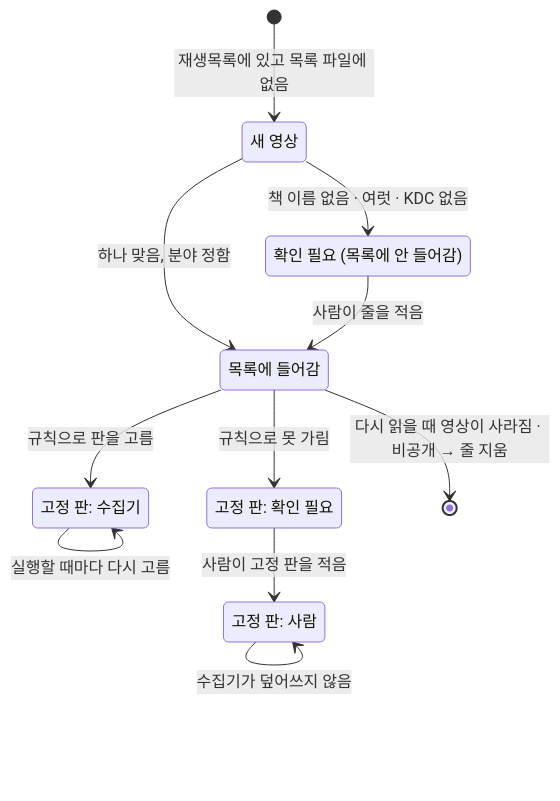
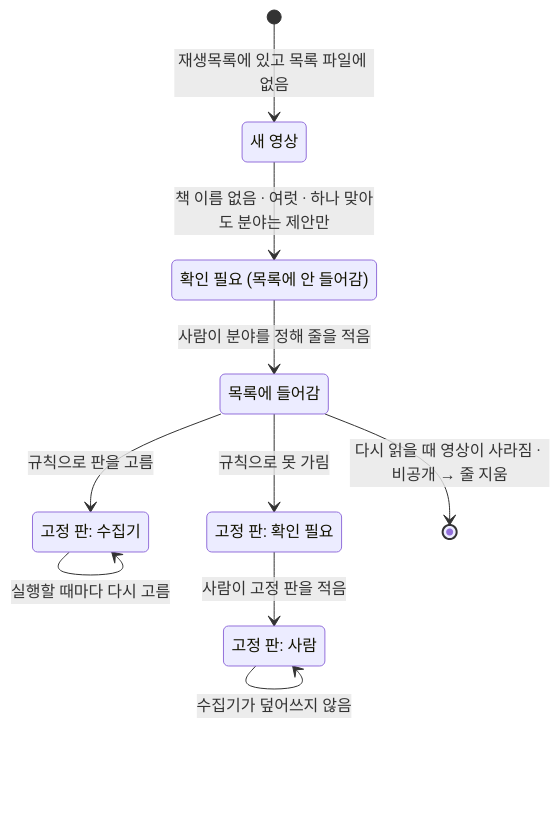
One commit to hodu-sketch/chaekcheck-plan changed the eighth of 21 diagrams in docs/current/module-map.md. Above: the diagram before and after it, drawn with Mermaid. The commit also changed other lines of this file and 8 other files, not shown here.

````diff
--- a/docs/current/module-map.md
+++ b/docs/current/module-map.md
@@ -416,19 +417,18 @@
 ```mermaid
 stateDiagram-v2
   state "새 영상" as NewVideo
   state "확인 필요 (목록에 안 들어감)" as Pending
   state "목록에 들어감" as Listed
   state "고정 판: 수집기" as PinnedAuto
   state "고정 판: 확인 필요" as PinUnknown
   state "고정 판: 사람" as PinnedManual
   [*] --> NewVideo: 재생목록에 있고 목록 파일에 없음
-  NewVideo --> Pending: 책 이름 없음 · 여럿 · KDC 없음
-  NewVideo --> Listed: 하나 맞음, 분야 정함
-  Pending --> Listed: 사람이 줄을 적음
+  NewVideo --> Pending: 책 이름 없음 · 여럿 · 하나 맞아도 분야는 제안만
+  Pending --> Listed: 사람이 분야를 정해 줄을 적음
   Listed --> PinnedAuto: 규칙으로 판을 고름
   Listed --> PinUnknown: 규칙으로 못 가림
   PinUnknown --> PinnedManual: 사람이 고정 판을 적음
   PinnedAuto --> PinnedAuto: 실행할 때마다 다시 고름
   PinnedManual --> PinnedManual: 수집기가 덮어쓰지 않음
   Listed --> [*]: 다시 읽을 때 영상이 사라짐 · 비공개 → 줄 지움
 ```
````
